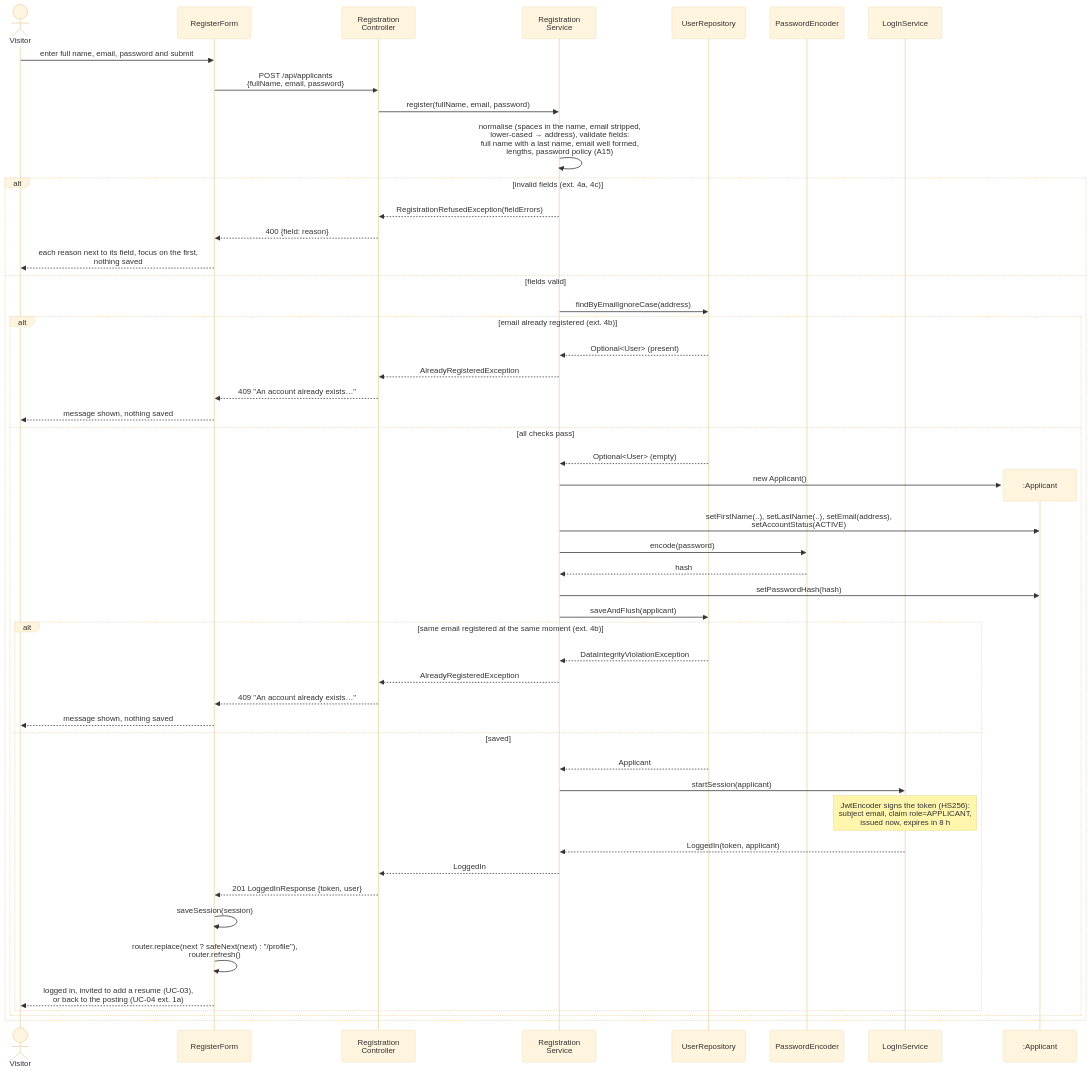
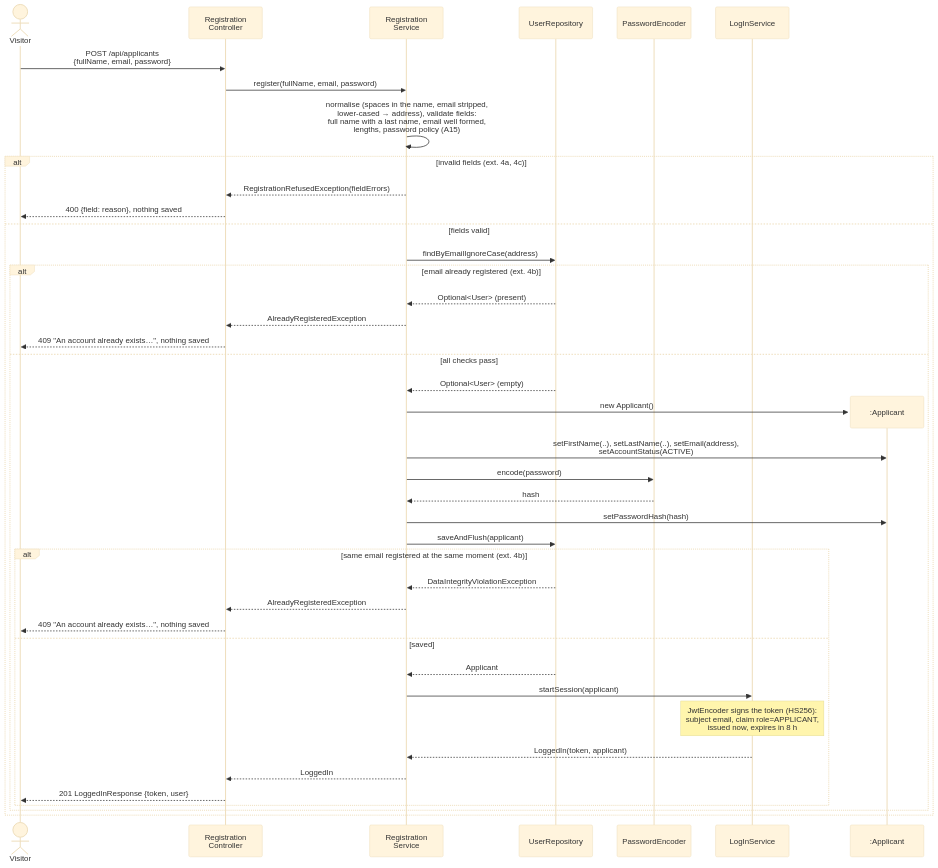
The second of 4 diagrams in spec/design.md (berdyshevol/careerbridge-csi5324), drawn with Mermaid (base theme) before and after one commit. The commit also changed other lines of this file and 4 other files, not shown here.

````diff
--- a/spec/design.md
+++ b/spec/design.md
@@ -88,54 +67,46 @@
 ```mermaid
 sequenceDiagram
     actor V as Visitor
-    participant RF as RegisterForm
     participant RC as Registration<br/>Controller
     participant RS as Registration<br/>Service
     participant UR as UserRepository
     participant PE as PasswordEncoder
     participant LS as LogInService
 
-    V->>RF: enter full name, email, password and submit
-    RF->>RC: POST /api/applicants<br/>{fullName, email, password}
+    V->>RC: POST /api/applicants<br/>{fullName, email, password}
     RC->>RS: register(fullName, email, password)
     RS->>RS: normalise (spaces in the name, email stripped,<br/>lower-cased → address), validate fields:<br/>full name with a last name, email well formed,<br/>lengths, password policy (A15)
 
     alt invalid fields (ext. 4a, 4c)
         RS-->>RC: RegistrationRefusedException(fieldErrors)
-        RC-->>RF: 400 {field: reason}
-        RF-->>V: each reason next to its field, focus on the first,<br/>nothing saved
+        RC-->>V: 400 {field: reason}, nothing saved
     else fields valid
         RS->>UR: findByEmailIgnoreCase(address)
         alt email already registered (ext. 4b)
             UR-->>RS: Optional<User> (present)
             RS-->>RC: AlreadyRegisteredException
-            RC-->>RF: 409 "An account already exists…"
-            RF-->>V: message shown, nothing saved
+            RC-->>V: 409 "An account already exists…", nothing saved
         else all checks pass
             UR-->>RS: Optional<User> (empty)
             create participant A as :Applicant
             RS->>A: new Applicant()
             RS->>A: setFirstName(..), setLastName(..), setEmail(address),<br/>setAccountStatus(ACTIVE)
             RS->>PE: encode(password)
             PE-->>RS: hash
             RS->>A: setPasswordHash(hash)
             RS->>UR: saveAndFlush(applicant)
             alt same email registered at the same moment (ext. 4b)
                 UR-->>RS: DataIntegrityViolationException
                 RS-->>RC: AlreadyRegisteredException
-                RC-->>RF: 409 "An account already exists…"
-                RF-->>V: message shown, nothing saved
+                RC-->>V: 409 "An account already exists…", nothing saved
             else saved
                 UR-->>RS: Applicant
                 RS->>LS: startSession(applicant)
                 Note over LS: JwtEncoder signs the token (HS256):<br/>subject email, claim role=APPLICANT,<br/>issued now, expires in 8 h
                 LS-->>RS: LoggedIn(token, applicant)
                 RS-->>RC: LoggedIn
-                RC-->>RF: 201 LoggedInResponse {token, user}
-                RF->>RF: saveSession(session)
-                RF->>RF: router.replace(next ? safeNext(next) : "/profile"),<br/>router.refresh()
-                RF-->>V: logged in, invited to add a resume (UC-03),<br/>or back to the posting (UC-04 ext. 1a)
+                RC-->>V: 201 LoggedInResponse {token, user}
             end
         end
     end
 ```
````
